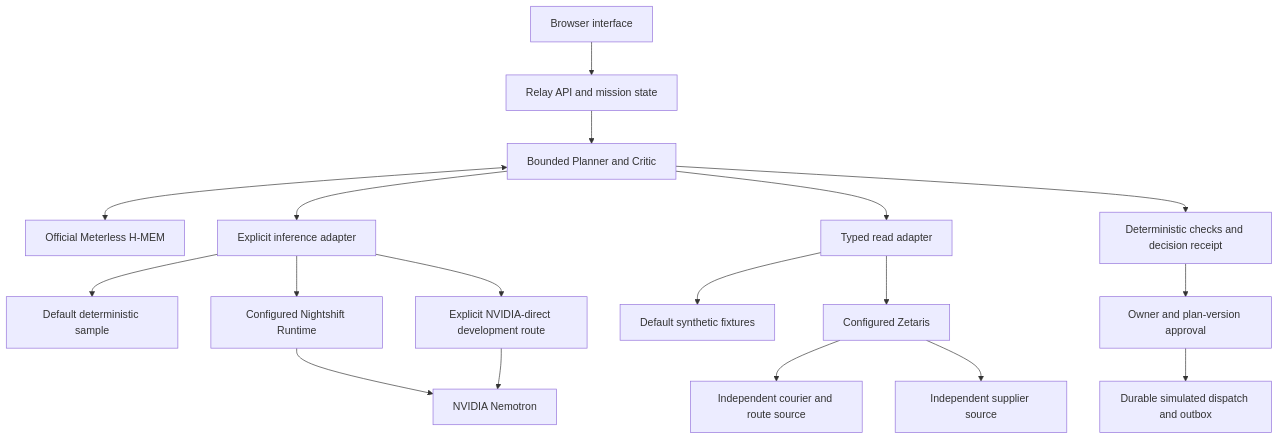
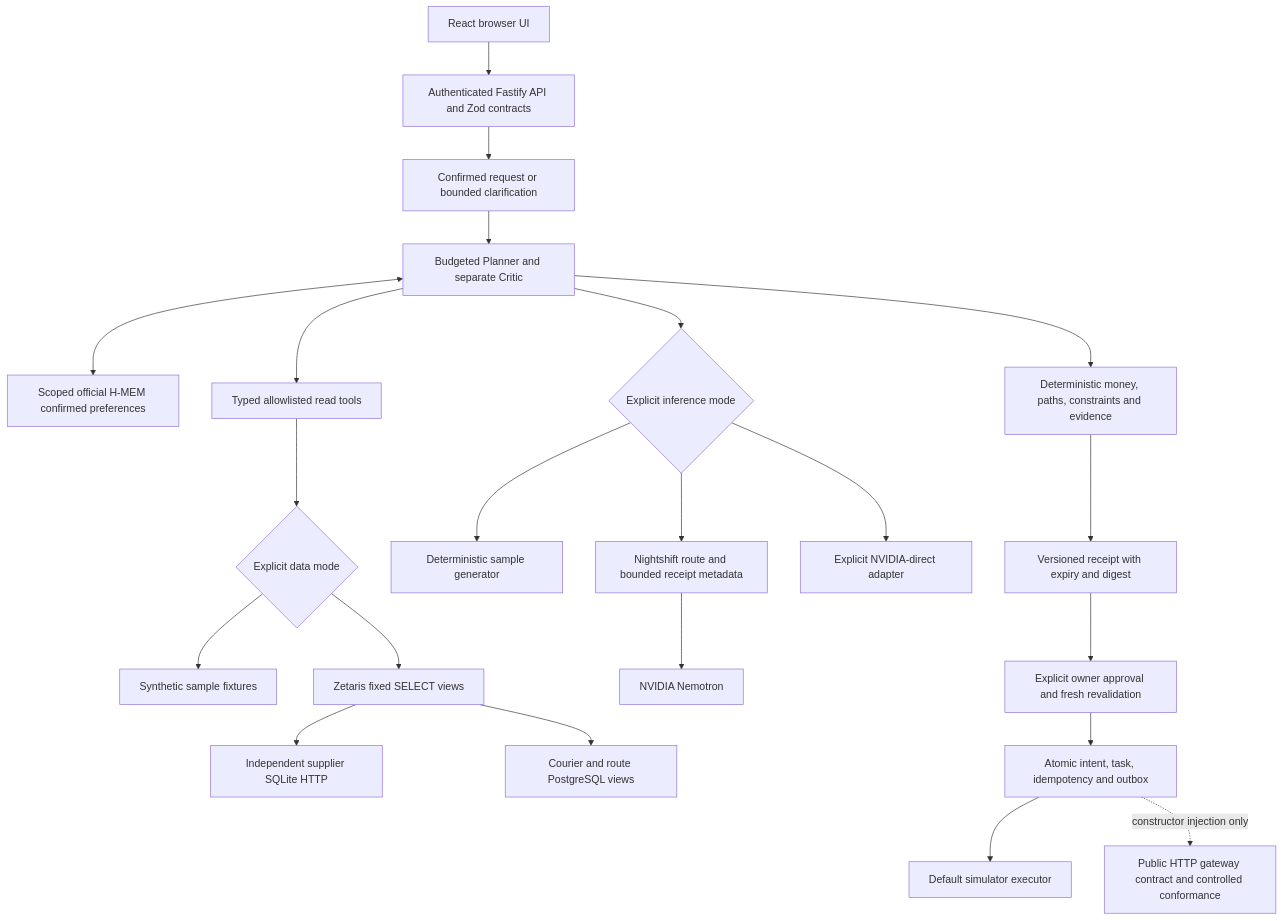
One commit to multiagent111-collab/rover-relay changed the diagram in docs/ARCHITECTURE.md. Above: the diagram before and after it, drawn with Mermaid. The commit also changed other lines of this file and 166 other files, not shown here.

First line of the commit message:
Publish Relay judging demo and ROVER integration contracts

````diff
--- a/docs/ARCHITECTURE.md
+++ b/docs/ARCHITECTURE.md
@@ -3,20 +24,24 @@
 ```mermaid
 flowchart TD
-    UI[Browser interface] --> API[Relay API and mission state]
-    API --> LOOP[Bounded Planner and Critic]
-    LOOP <--> MEM[Official Meterless H-MEM]
-    LOOP --> MODEL[Explicit inference adapter]
-    MODEL --> SAMPLE[Default deterministic sample]
-    MODEL --> NIGHT[Configured Nightshift Runtime]
-    NIGHT --> NVIDIA[NVIDIA Nemotron]
-    MODEL --> DIRECT[Explicit NVIDIA-direct development route]
-    DIRECT --> NVIDIA
-    LOOP --> DATA[Typed read adapter]
-    DATA --> FIX[Default synthetic fixtures]
-    DATA --> ZET[Configured Zetaris]
-    ZET --> COURIER[Independent courier and route source]
-    ZET --> SUPPLIER[Independent supplier source]
-    LOOP --> CHECK[Deterministic checks and decision receipt]
-    CHECK --> APPROVAL[Owner and plan-version approval]
-    APPROVAL --> STORE[Durable simulated dispatch and outbox]
+  UI[React browser UI] --> API[Authenticated Fastify API and Zod contracts]
+  API --> Intake[Confirmed request or bounded clarification]
+  Intake --> Agent[Budgeted Planner and separate Critic]
+  Agent <--> Memory[Scoped official H-MEM confirmed preferences]
+  Agent --> Reads[Typed allowlisted read tools]
+  Reads --> Data{Explicit data mode}
+  Data --> Fixtures[Synthetic sample fixtures]
+  Data --> Zetaris[Zetaris fixed SELECT views]
+  Zetaris --> Supplier[Independent supplier SQLite HTTP]
+  Zetaris --> Courier[Courier and route PostgreSQL views]
+  Agent --> Model{Explicit inference mode}
+  Model --> Sample[Deterministic sample generator]
+  Model --> Runtime[Nightshift route and bounded receipt metadata]
+  Runtime --> NVIDIA[NVIDIA Nemotron]
+  Model --> Direct[Explicit NVIDIA-direct adapter]
+  Agent --> Check[Deterministic money, paths, constraints and evidence]
+  Check --> Receipt[Versioned receipt with expiry and digest]
+  Receipt --> Approval[Explicit owner approval and fresh revalidation]
+  Approval --> Durable[Atomic intent, task, idempotency and outbox]
+  Durable --> Simulator[Default simulator executor]
+  Durable -. constructor injection only .-> Gateway[Public HTTP gateway contract and controlled conformance]
 ```
````
